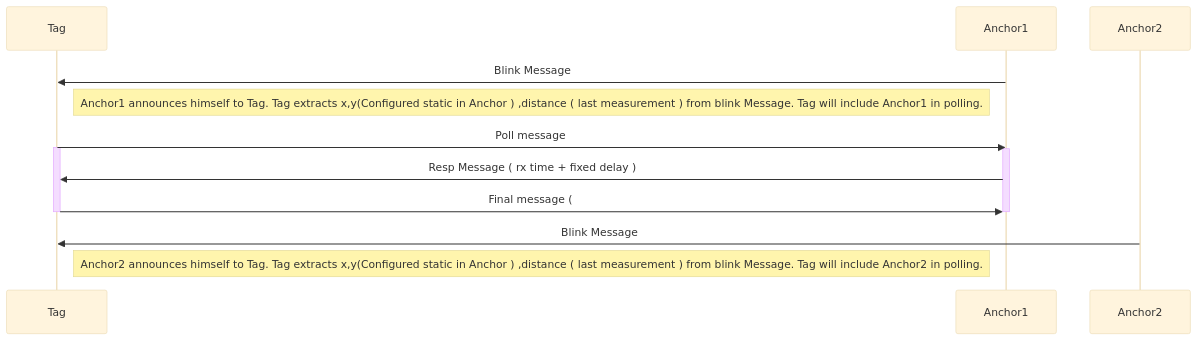
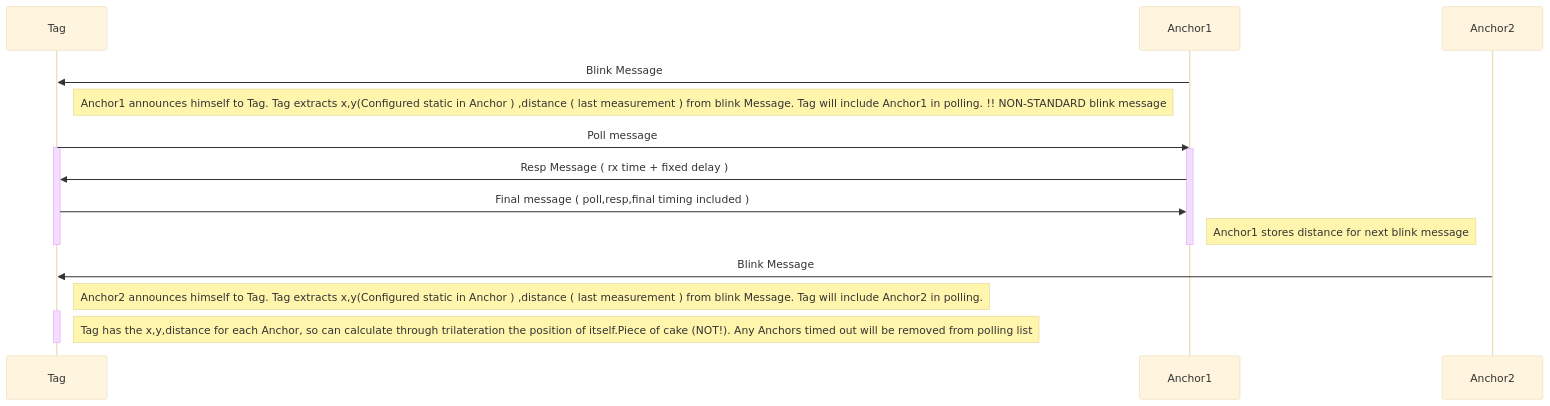
Before and after one commit to vortex314/Vertx-ESP8266: the diagram in README.md, drawn with Mermaid (base theme).

Commit message:
Uploaded by https://stackedit.io/

````diff
--- a/README.md
+++ b/README.md
@@ -88,18 +88,22 @@
 ```mermaid
 sequenceDiagram
 participant Tag
 participant Anchor1
 participant Anchor2
 Anchor1 ->> Tag: Blink Message 
-Note right of Tag: Anchor1 announces himself to Tag. Tag extracts x,y(Configured static in Anchor ) ,distance ( last measurement )  from blink Message. Tag will include Anchor1 in polling.
+Note right of Tag: Anchor1 announces himself to Tag. Tag extracts x,y(Configured static in Anchor ) ,distance ( last measurement )  from blink Message. Tag will include Anchor1 in polling. !! NON-STANDARD blink message
 
 Tag ->> Anchor1: Poll message
 activate Tag
 Activate Anchor1
 Anchor1 ->> Tag: Resp Message ( rx time + fixed delay )
-Tag ->> Anchor1: Final message ( 
+Tag ->> Anchor1: Final message ( poll,resp,final timing included )
+Note right of Anchor1 : Anchor1 stores distance for next blink message
 deactivate Tag
 deactivate Anchor1
 Anchor2 ->> Tag: Blink Message 
 Note right of Tag: Anchor2 announces himself to Tag. Tag extracts x,y(Configured static in Anchor ) ,distance ( last measurement )  from blink Message. Tag will include Anchor2 in polling.
+Activate Tag
+Note right of Tag : Tag has the x,y,distance for each Anchor, so can calculate through trilateration the position of itself.Piece of cake (NOT!).  Any Anchors timed out will be removed from polling list
+Deactivate Tag
 ```
````
